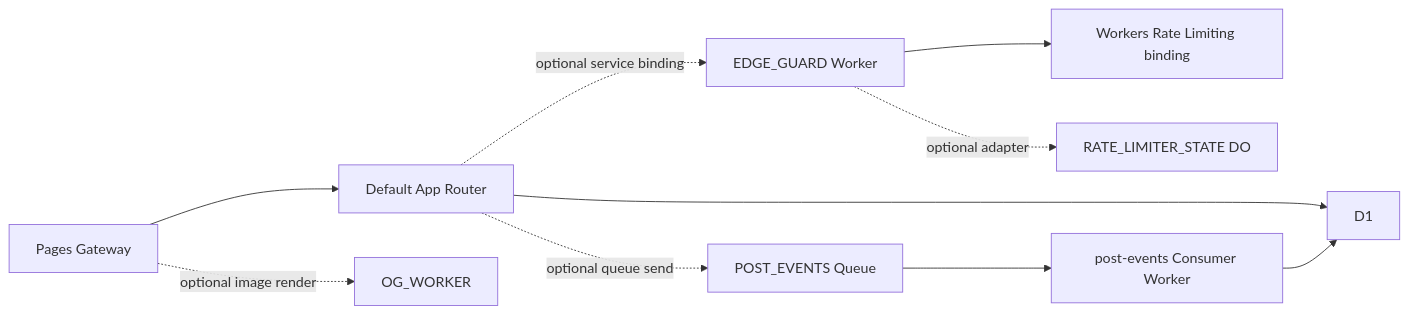
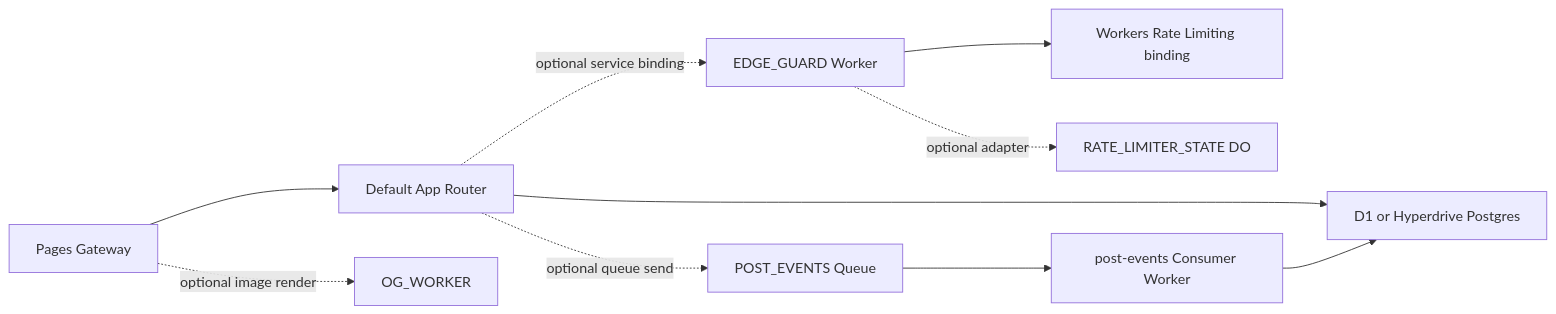
Before and after one commit to imjlk/sveltekit-orpc-typia: the second of 2 diagrams in README.md, drawn with Mermaid. The commit also changed other lines of this file and 41 other files, not shown here.

````diff
--- a/README.md
+++ b/README.md
@@ -107,12 +114,12 @@
 ```mermaid
 flowchart LR
     W["Pages Gateway"] --> APP["Default App Router"]
-    APP --> DB["D1"]
+    APP --> DB["D1 or Hyperdrive Postgres"]
     APP -. optional service binding .-> EG["EDGE_GUARD Worker"]
     EG --> RL["Workers Rate Limiting binding"]
     EG -. optional adapter .-> DO["RATE_LIMITER_STATE DO"]
     APP -. optional queue send .-> Q["POST_EVENTS Queue"]
     Q --> C["post-events Consumer Worker"]
     C --> DB
     W -. optional image render .-> OG["OG_WORKER"]
 ```
````
